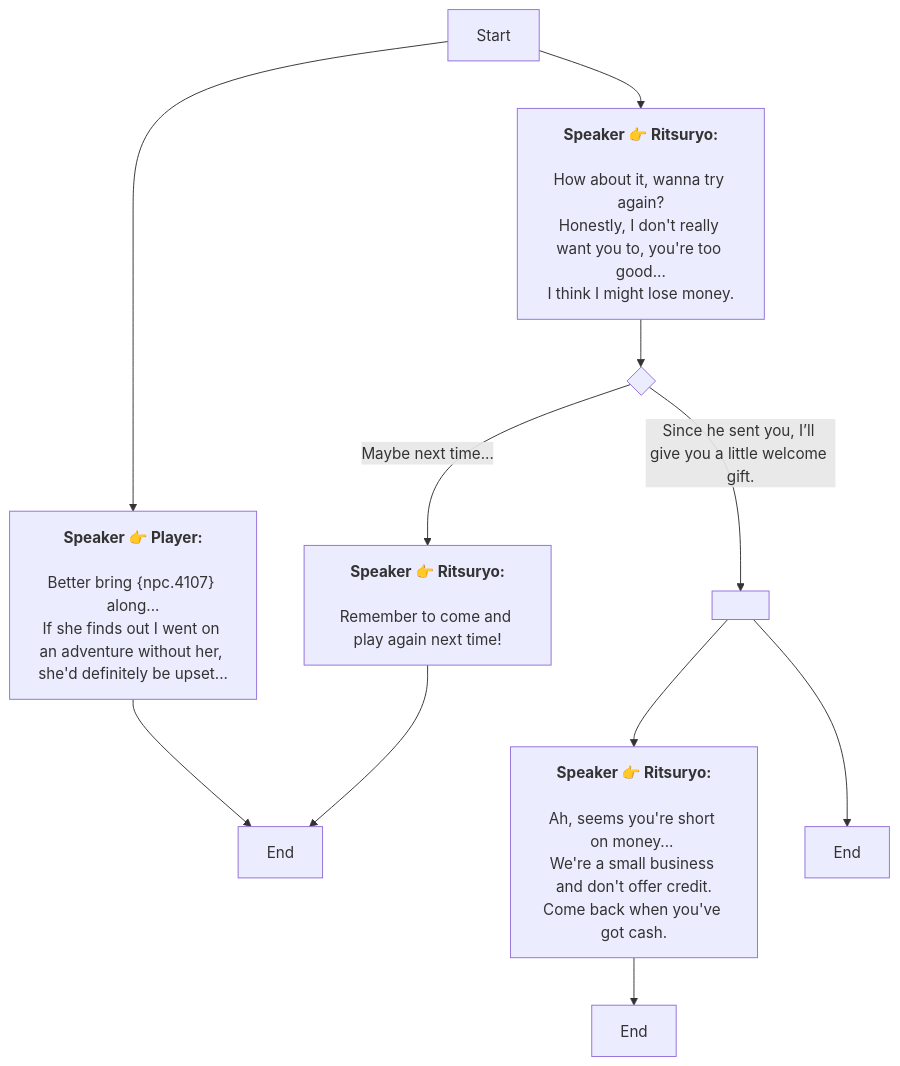
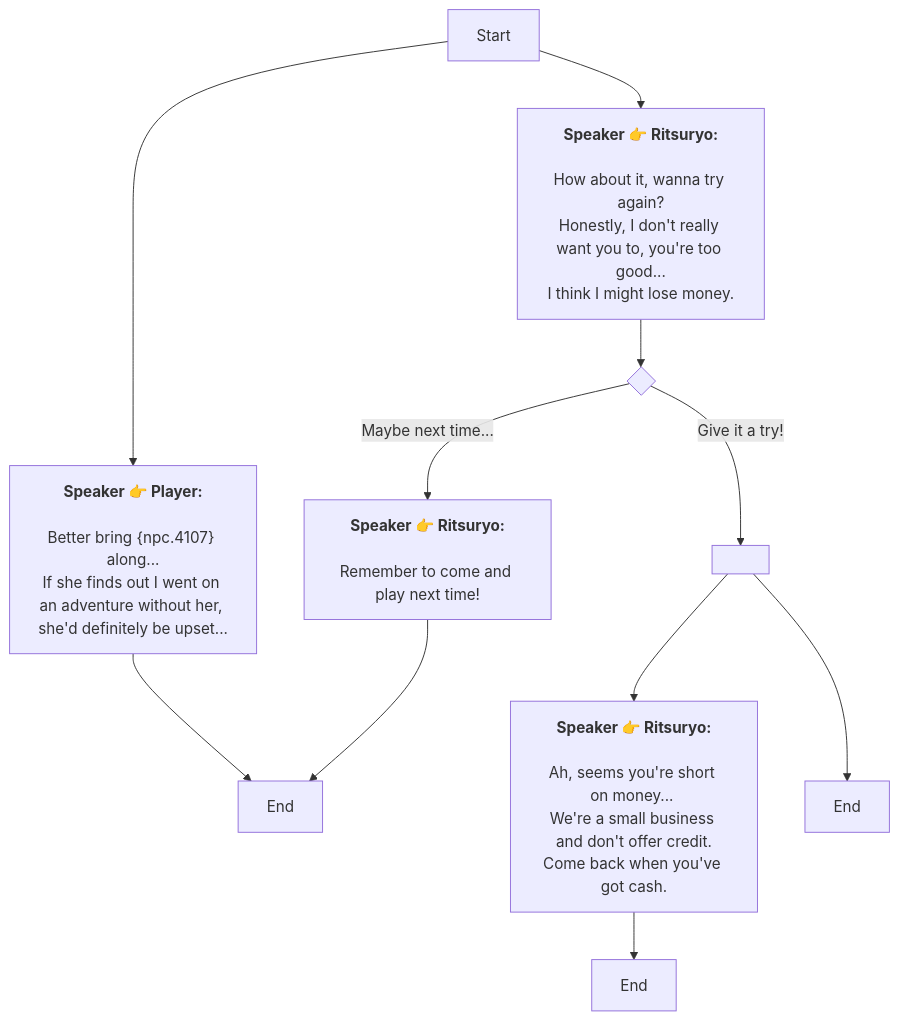
Before and after one commit to SoftHu/tos_avg: the diagram in En/QuestTalkObjectiveNode_1739410552888537.md, drawn with Mermaid. The commit also changed 312 other files, not shown here.

````diff
--- a/En/QuestTalkObjectiveNode_1739410552888537.md
+++ b/En/QuestTalkObjectiveNode_1739410552888537.md
@@ -1,27 +1,27 @@
 ```mermaid
 graph
 Start -->1739504933044474[<b>Speaker 👉 Player:</b>
 
 Better bring &lbrace;npc.4107&rbrace; along...
 If she finds out I went on an adventure without her, she'd definitely be upset...]
 Start -->1739410623403237[<b>Speaker 👉 Ritsuryo:</b>
 
 How about it, wanna try again?
 Honestly, I don't really want you to, you're too good...
 I think I might lose money.]
 1739504933044474 -->1739410623404265[End]
 1739410623403237 -->1739410623404264{ }
-1739410623404264 -->|Since he sent you, I’ll give you a little welcome gift.|1739410623404266[ ]
+1739410623404264 -->|Give it a try!|1739410623404266[ ]
 1739410623404264 -->|Maybe next time...|1739505152025853[<b>Speaker 👉 Ritsuryo:</b>
 
-Remember to come and play again next time!]
+Remember to come and play next time!]
 1739410623404266 -->1739410623405292[<b>Speaker 👉 Ritsuryo:</b>
 
 Ah, seems you're short on money... 
 We're a small business and don't offer credit.
 Come back when you've got cash.]
 1739410623404266 -->1739410623404267[End]
 1739410623405292 -->1739410623405293[End]
 1739505152025853 -->1739410623404265[End]
 
  ```
````
